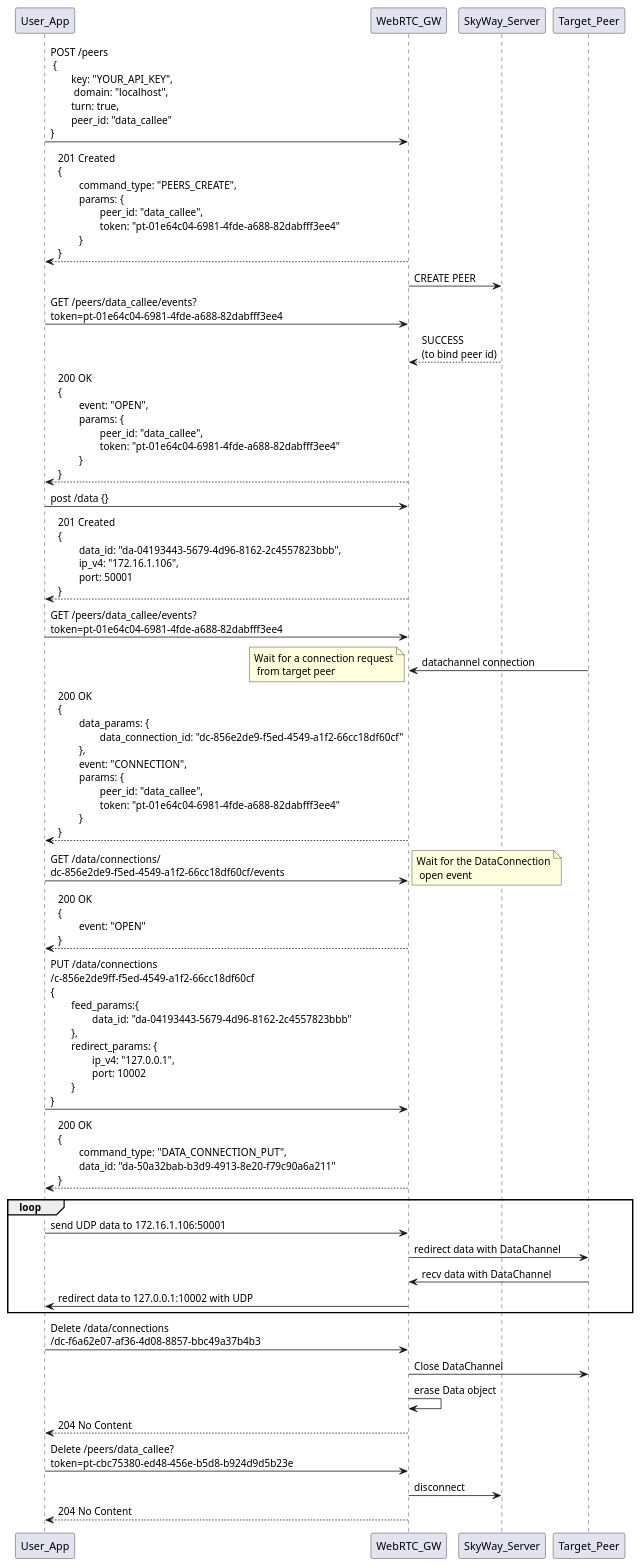
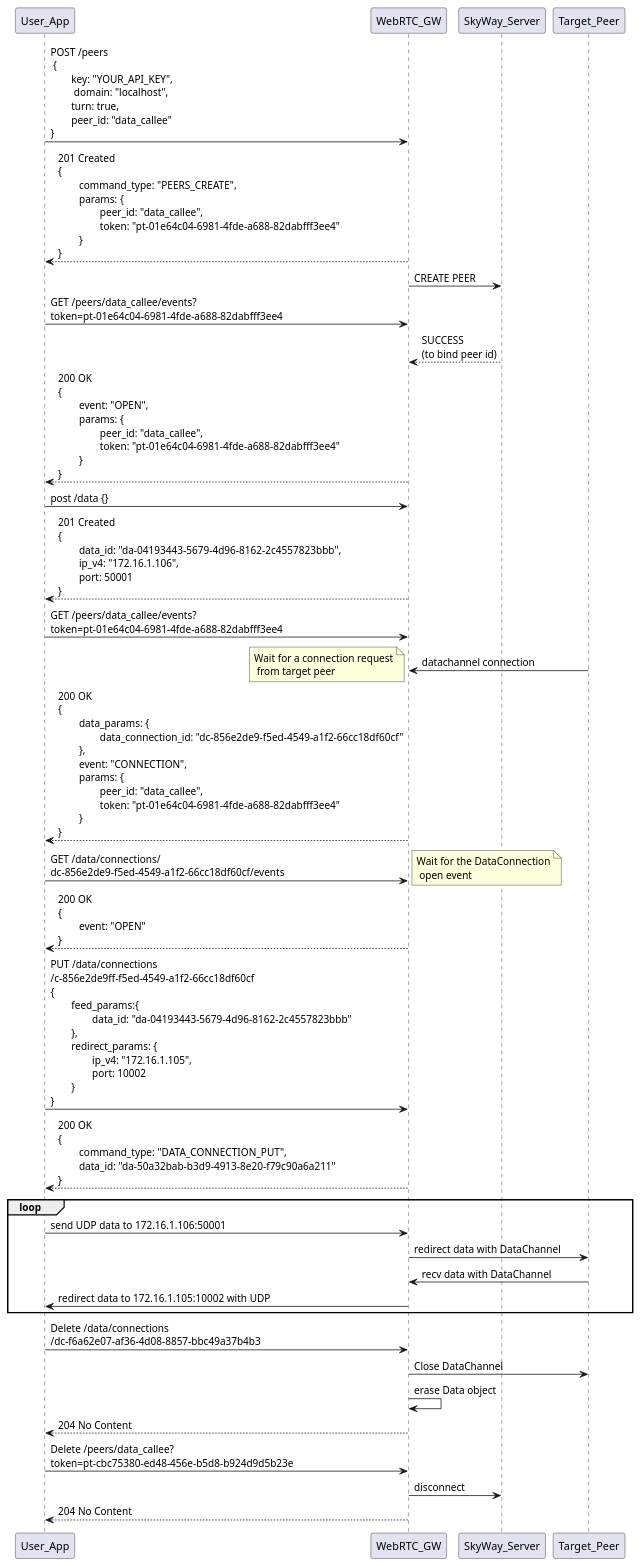
Before and after one commit to skyway/skyway-webrtc-gateway: the diagram in sequence/data_answer.pu, drawn with PlantUML. The commit also changed 7 other files, not shown here.

```diff
--- a/sequence/data_answer.pu
+++ b/sequence/data_answer.pu
@@ -1,43 +1,43 @@
 @startuml
 
 User_App -> WebRTC_GW: POST /peers \n {\n\tkey: "YOUR_API_KEY",\n\t domain: "localhost",\n\tturn: true, \n\tpeer_id: "data_callee"\n}
 WebRTC_GW --> User_App: 201 Created\n{\n\tcommand_type: "PEERS_CREATE",\n\tparams: {\n\t\tpeer_id: "data_callee", \n\t\ttoken: "pt-01e64c04-6981-4fde-a688-82dabfff3ee4"\n\t}\n}
 
 
 WebRTC_GW -> SkyWay_Server: CREATE PEER
 User_App -> WebRTC_GW: GET /peers/data_callee/events?\ntoken=pt-01e64c04-6981-4fde-a688-82dabfff3ee4
 SkyWay_Server --> WebRTC_GW: SUCCESS\n(to bind peer id)
 WebRTC_GW --> User_App: 200 OK\n{\n\tevent: "OPEN",\n\tparams: {\n\t\tpeer_id: "data_callee",\n\t\ttoken: "pt-01e64c04-6981-4fde-a688-82dabfff3ee4"\n\t}\n}
 
 User_App -> WebRTC_GW: post /data {}
 WebRTC_GW --> User_App: 201 Created\n{\n\tdata_id: "da-04193443-5679-4d96-8162-2c4557823bbb",\n\tip_v4: "172.16.1.106", \n\tport: 50001\n}
 
 User_App -> WebRTC_GW: GET /peers/data_callee/events?\ntoken=pt-01e64c04-6981-4fde-a688-82dabfff3ee4
 
 
 Target_Peer -> WebRTC_GW: datachannel connection
 note left: Wait for a connection request\n from target peer
 WebRTC_GW --> User_App: 200 OK\n{\n\tdata_params: {\n\t\tdata_connection_id: "dc-856e2de9-f5ed-4549-a1f2-66cc18df60cf"\n\t}, \n\tevent: "CONNECTION", \n\tparams: {\n\t\tpeer_id: "data_callee",\n\t\ttoken: "pt-01e64c04-6981-4fde-a688-82dabfff3ee4"\n\t}\n}
 
 User_App -> WebRTC_GW: GET /data/connections/\ndc-856e2de9-f5ed-4549-a1f2-66cc18df60cf/events
 note right: Wait for the DataConnection\n open event
 WebRTC_GW --> User_App: 200 OK\n{\n\tevent: "OPEN"\n}
 
-User_App -> WebRTC_GW: PUT /data/connections\n/c-856e2de9ff-f5ed-4549-a1f2-66cc18df60cf\n{\n\tfeed_params:{\n\t\tdata_id: "da-04193443-5679-4d96-8162-2c4557823bbb"\n\t},\n\tredirect_params: {\n\t\tip_v4: "127.0.0.1",\n\t\tport: 10002\n\t}\n}
+User_App -> WebRTC_GW: PUT /data/connections\n/c-856e2de9ff-f5ed-4549-a1f2-66cc18df60cf\n{\n\tfeed_params:{\n\t\tdata_id: "da-04193443-5679-4d96-8162-2c4557823bbb"\n\t},\n\tredirect_params: {\n\t\tip_v4: "172.16.1.105",\n\t\tport: 10002\n\t}\n}
 WebRTC_GW --> User_App: 200 OK\n{\n\tcommand_type: "DATA_CONNECTION_PUT", \n\tdata_id: "da-50a32bab-b3d9-4913-8e20-f79c90a6a211"\n}
 
 loop
 User_App -> WebRTC_GW: send UDP data to 172.16.1.106:50001
 WebRTC_GW -> Target_Peer: redirect data with DataChannel
 Target_Peer -> WebRTC_GW: recv data with DataChannel
-WebRTC_GW -> User_App: redirect data to 127.0.0.1:10002 with UDP
+WebRTC_GW -> User_App: redirect data to 172.16.1.105:10002 with UDP
 end
 
 User_App -> WebRTC_GW: Delete /data/connections\n/dc-f6a62e07-af36-4d08-8857-bbc49a37b4b3
 WebRTC_GW -> Target_Peer: Close DataChannel
 WebRTC_GW -> WebRTC_GW: erase Data object
 WebRTC_GW --> User_App: 204 No Content
 User_App -> WebRTC_GW: Delete /peers/data_callee?\ntoken=pt-cbc75380-ed48-456e-b5d8-b924d9d5b23e
 WebRTC_GW -> SkyWay_Server: disconnect
 WebRTC_GW --> User_App: 204 No Content
 @enduml
```
